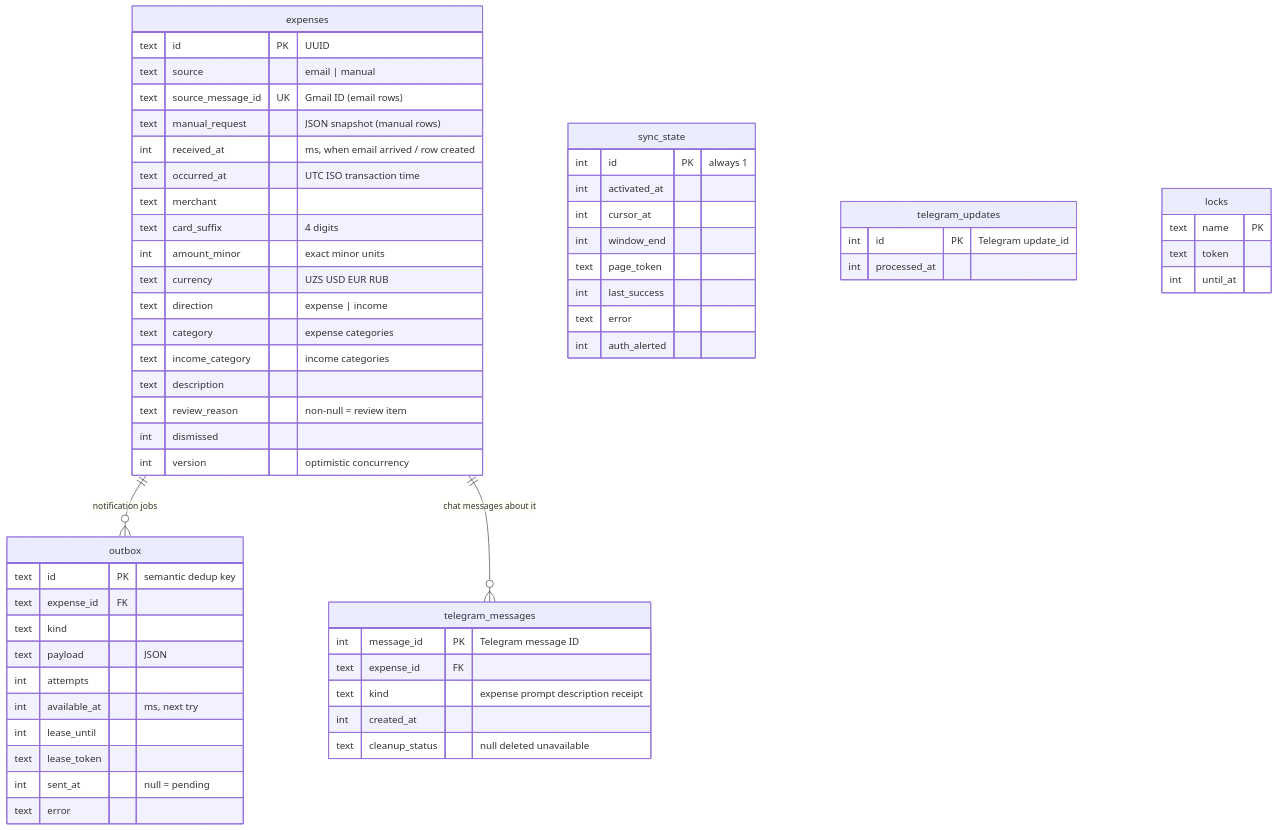
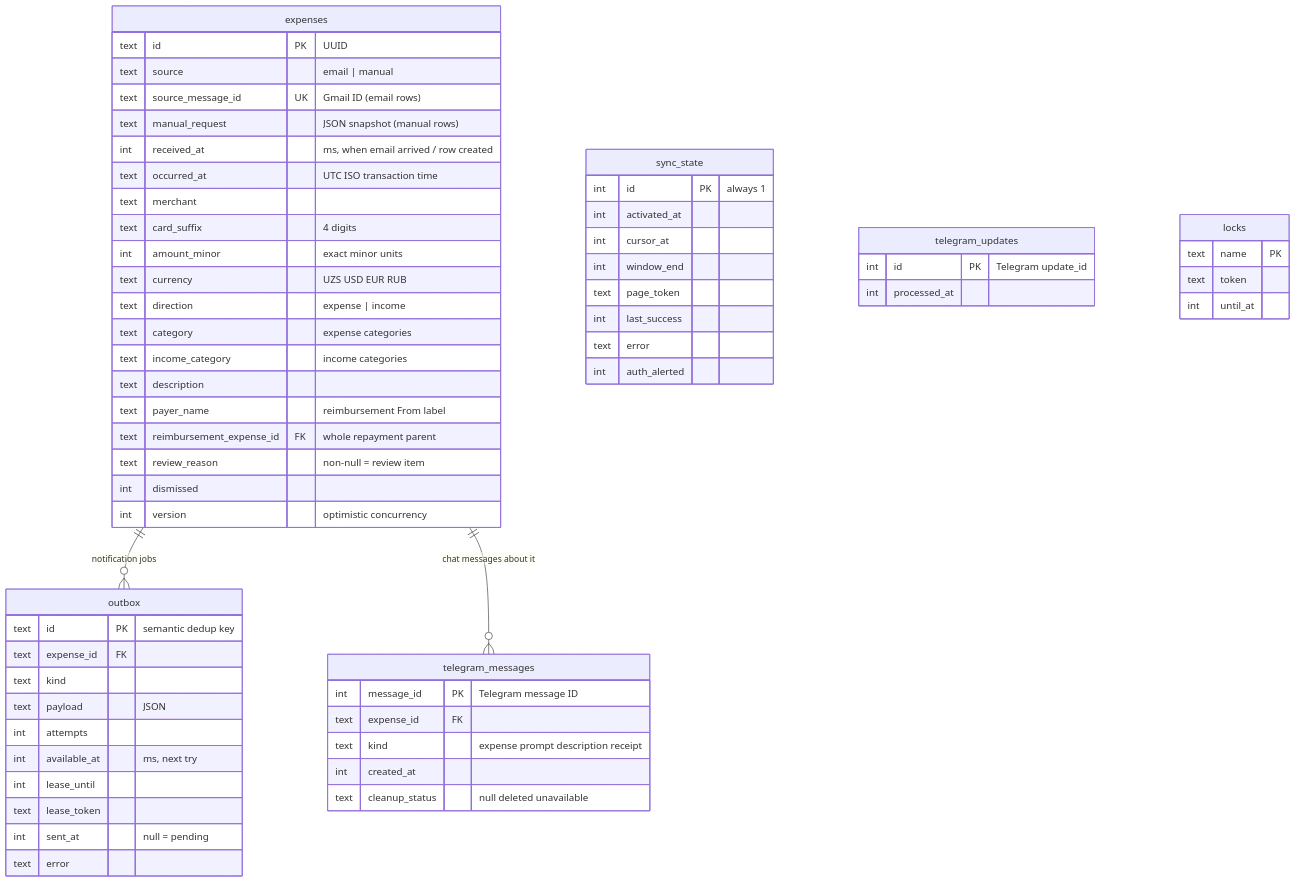
The diagram in docs/data-model.md (oybek-abdullaev-epam/personal-expenses), drawn with Mermaid before and after one commit. The commit also changed other lines of this file and 16 other files, not shown here.

````diff
--- a/docs/data-model.md
+++ b/docs/data-model.md
@@ -7,62 +7,64 @@
 ```mermaid
 erDiagram
   expenses ||--o{ outbox : "notification jobs"
   expenses ||--o{ telegram_messages : "chat messages about it"
   expenses {
     text id PK "UUID"
     text source "email | manual"
     text source_message_id UK "Gmail ID (email rows)"
     text manual_request "JSON snapshot (manual rows)"
     int received_at "ms, when email arrived / row created"
     text occurred_at "UTC ISO transaction time"
     text merchant
     text card_suffix "4 digits"
     int amount_minor "exact minor units"
     text currency "UZS USD EUR RUB"
     text direction "expense | income"
     text category "expense categories"
     text income_category "income categories"
     text description
+    text payer_name "reimbursement From label"
+    text reimbursement_expense_id FK "whole repayment parent"
     text review_reason "non-null = review item"
     int dismissed
     int version "optimistic concurrency"
   }
   outbox {
     text id PK "semantic dedup key"
     text expense_id FK
     text kind
     text payload "JSON"
     int attempts
     int available_at "ms, next try"
     int lease_until
     text lease_token
     int sent_at "null = pending"
     text error
   }
   telegram_messages {
     int message_id PK "Telegram message ID"
     text expense_id FK
     text kind "expense prompt description receipt"
     int created_at
     text cleanup_status "null deleted unavailable"
   }
   sync_state {
     int id PK "always 1"
     int activated_at
     int cursor_at
     int window_end
     text page_token
     int last_success
     text error
     int auth_alerted
   }
   telegram_updates {
     int id PK "Telegram update_id"
     int processed_at
   }
   locks {
     text name PK
     text token
     int until_at
   }
 ```
````
